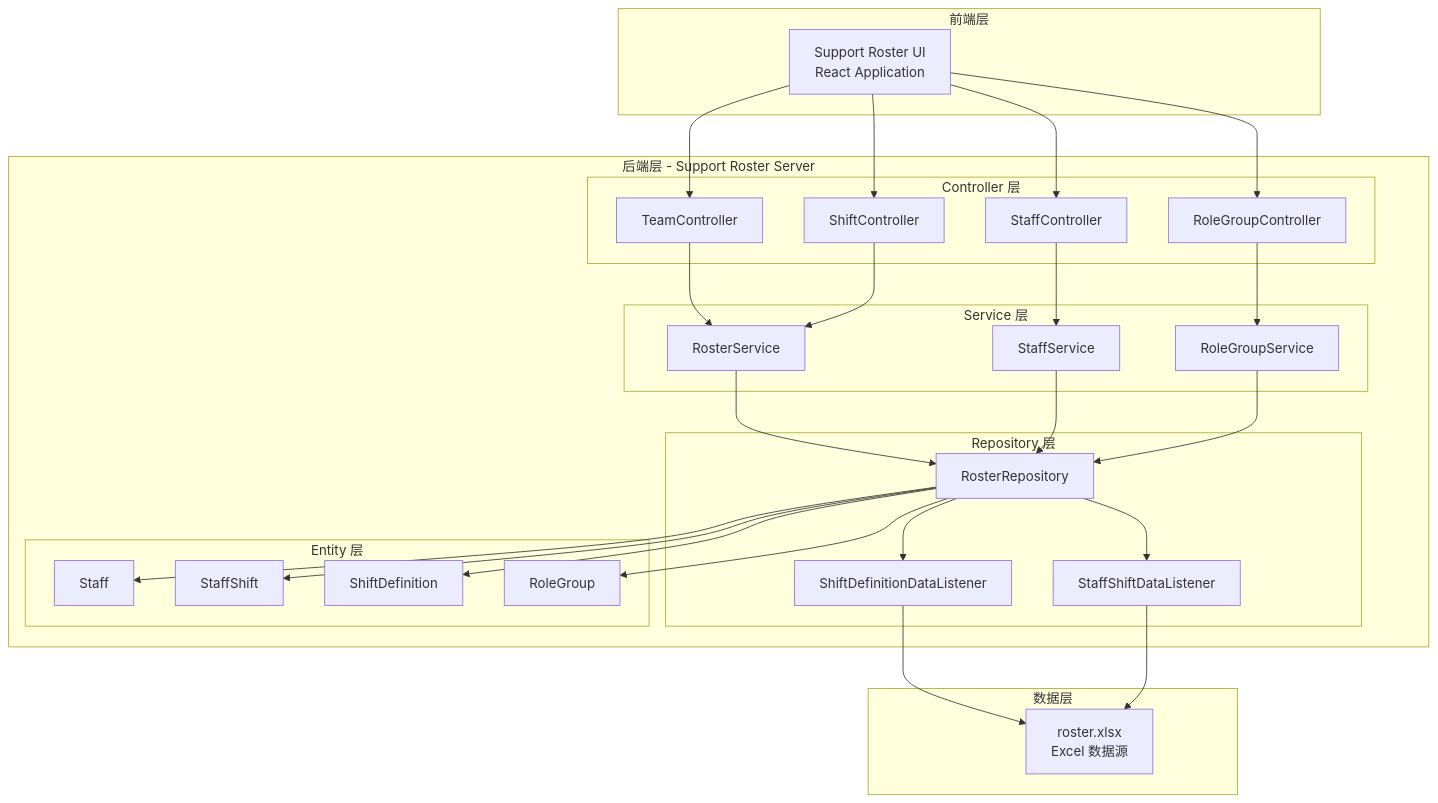
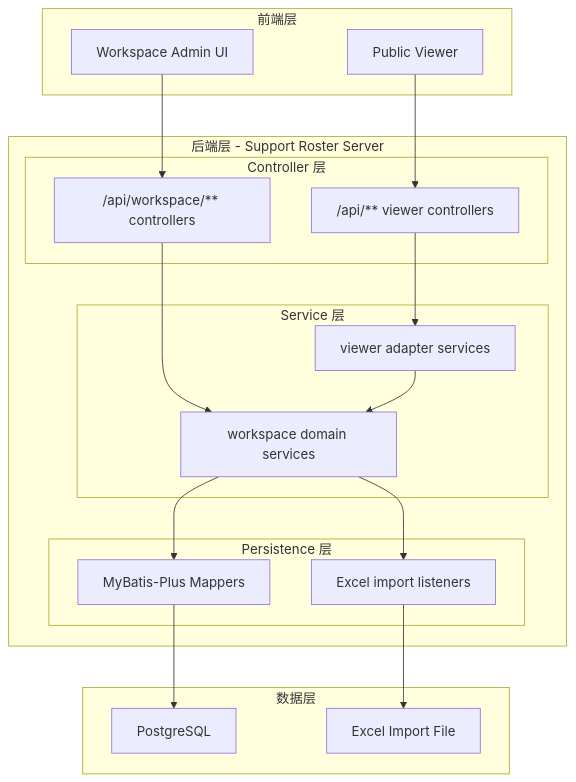
Before and after one commit to yachi666/support-roster-server: the second of 2 diagrams in .specs/_index.md, drawn with Mermaid. The commit also changed other lines of this file and 103 other files, not shown here.

````diff
--- a/.specs/_index.md
+++ b/.specs/_index.md
@@ -74,62 +109,39 @@
 ```mermaid
 graph TB
     subgraph "前端层"
-        UI["Support Roster UI<br/>React Application"]
+        VIEWER["Public Viewer"]
+        ADMIN["Workspace Admin UI"]
     end
-    
+
     subgraph "后端层 - Support Roster Server"
         subgraph "Controller 层"
-            TC["TeamController"]
-            SC["ShiftController"]
-            STC["StaffController"]
-            RGC["RoleGroupController"]
+            VC["/api/** viewer controllers"]
+            WC["/api/workspace/** controllers"]
         end
-        
+
         subgraph "Service 层"
-            RS["RosterService"]
-            SS["StaffService"]
-            RGS["RoleGroupService"]
+            VS["viewer adapter services"]
+            WS["workspace domain services"]
         end
-        
-        subgraph "Repository 层"
-            RR["RosterRepository"]
-            SDDL["ShiftDefinitionDataListener"]
-            SSDLL["StaffShiftDataListener"]
-        end
-        
-        subgraph "Entity 层"
-            STAFF["Staff"]
-            SS_E["StaffShift"]
-            SD["ShiftDefinition"]
-            RG["RoleGroup"]
+
+        subgraph "Persistence 层"
+            MP["MyBatis-Plus Mappers"]
+            IMP["Excel import listeners"]
         end
     end
-    
+
     subgraph "数据层"
-        EXCEL["roster.xlsx<br/>Excel 数据源"]
+        PG["PostgreSQL"]
+        EXCEL["Excel Import File"]
     end
-    
-    UI --> TC
-    UI --> SC
-    UI --> STC
-    UI --> RGC
-    
-    TC --> RS
-    SC --> RS
-    STC --> SS
-    RGC --> RGS
-    
-    RS --> RR
-    SS --> RR
-    RGS --> RR
-    
-    RR --> SDDL
-    RR --> SSDLL
-    SDDL --> EXCEL
-    SSDLL --> EXCEL
-    
-    RR --> STAFF
-    RR --> SS_E
-    RR --> SD
-    RR --> RG
+
+    VIEWER --> VC
+    ADMIN --> WC
+    VC --> VS
+    WC --> WS
+    VS --> WS
+    WS --> MP
+    WS --> IMP
+    MP --> PG
+    IMP --> EXCEL
 ```
````
